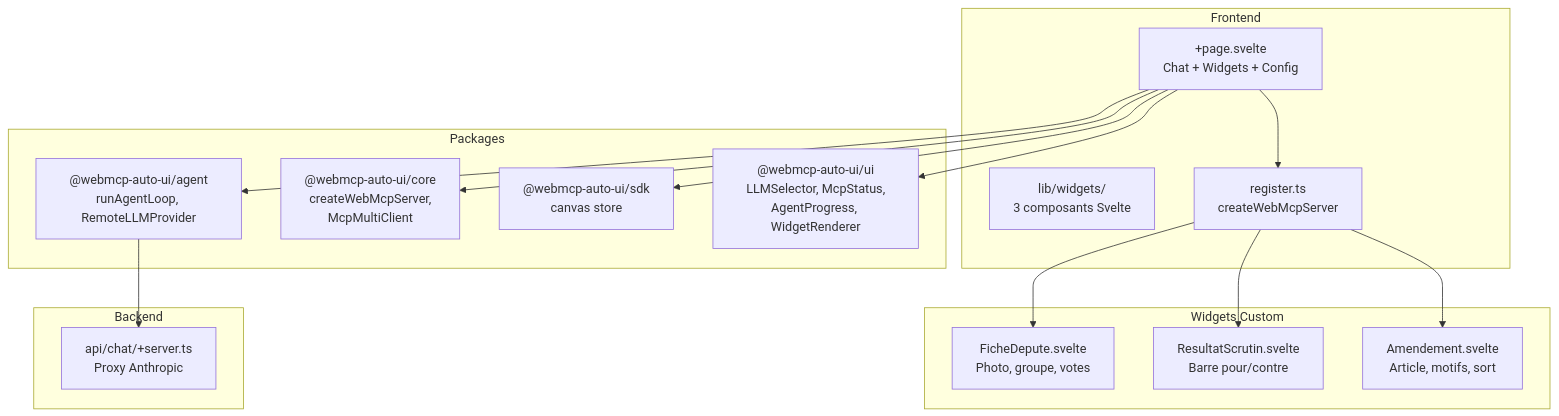
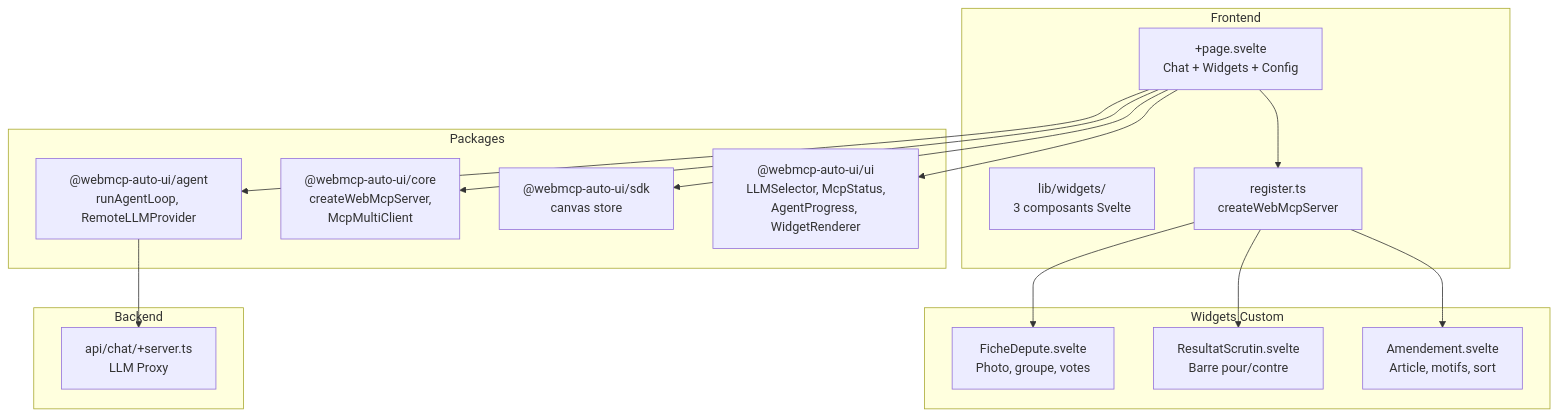
One commit to jeanbaptiste/webmcp-auto-ui changed the diagram in docs-site/src/content/docs/apps/boilerplate.md. Above: the diagram before and after it, drawn with Mermaid. The commit also changed other lines of this file and 131 other files, not shown here.

````diff
--- a/docs-site/src/content/docs/apps/boilerplate.md
+++ b/docs-site/src/content/docs/apps/boilerplate.md
@@ -24,35 +24,35 @@
 ```mermaid
 graph TD
     subgraph Frontend
         Page["+page.svelte<br/>Chat + Widgets + Config"]
         Widgets["lib/widgets/<br/>3 composants Svelte"]
         Register["register.ts<br/>createWebMcpServer"]
     end
 
     subgraph "Widgets Custom"
         FD["FicheDepute.svelte<br/>Photo, groupe, votes"]
         RS["ResultatScrutin.svelte<br/>Barre pour/contre"]
         AM["Amendement.svelte<br/>Article, motifs, sort"]
     end
 
     subgraph Packages
         Agent["@webmcp-auto-ui/agent<br/>runAgentLoop, RemoteLLMProvider"]
         Core["@webmcp-auto-ui/core<br/>createWebMcpServer,<br/>McpMultiClient"]
         SDK["@webmcp-auto-ui/sdk<br/>canvas store"]
         UI["@webmcp-auto-ui/ui<br/>LLMSelector, McpStatus,<br/>AgentProgress, WidgetRenderer"]
     end
 
     subgraph Backend
-        Proxy["api/chat/+server.ts<br/>Proxy Anthropic"]
+        Proxy["api/chat/+server.ts<br/>LLM Proxy"]
     end
 
     Register --> FD
     Register --> RS
     Register --> AM
     Page --> Register
     Page --> Agent
     Page --> Core
     Page --> SDK
     Page --> UI
     Agent --> Proxy
 ```
````
